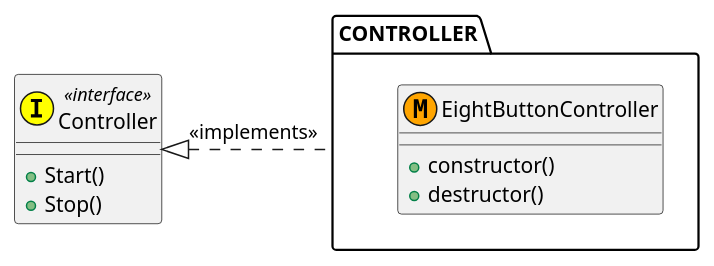
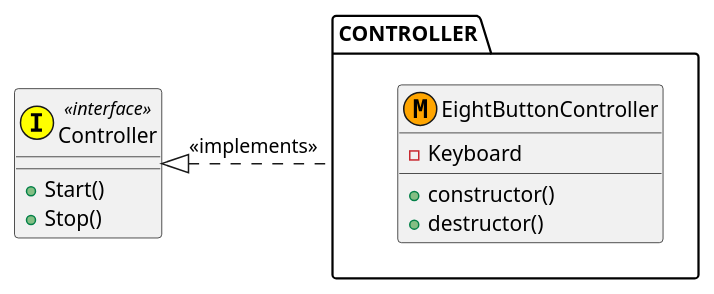
One commit to kaorukakinuma/controller changed the diagram in README.md. Above: the diagram before and after it, drawn with PlantUML. The commit also changed other lines of this file, not shown here.

````diff
--- a/README.md
+++ b/README.md
@@ -21,18 +21,19 @@
 ```plantuml
 @startuml
 
 class Controller << (I, yellow) interface >> {
     + Start()
     + Stop()
 }
 namespace CONTROLLER {
     class EightButtonController << (M, orange) >> {
+        - Keyboard
         + constructor()
         + destructor()
     }
 }
 
 Controller <|. CONTROLLER : <<implements>>
 
 @enduml
 ```
````
